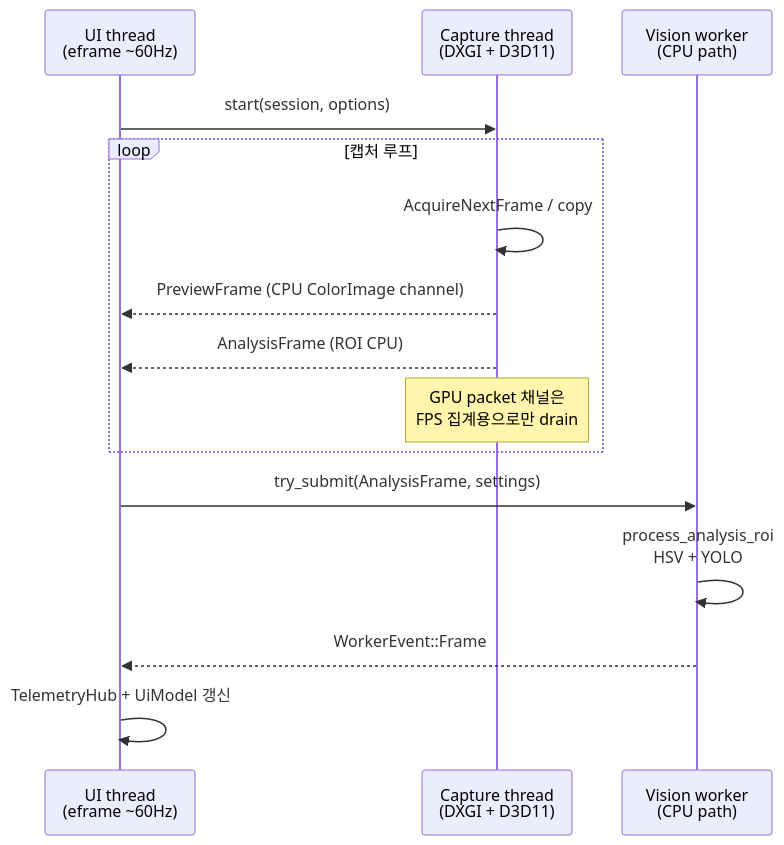
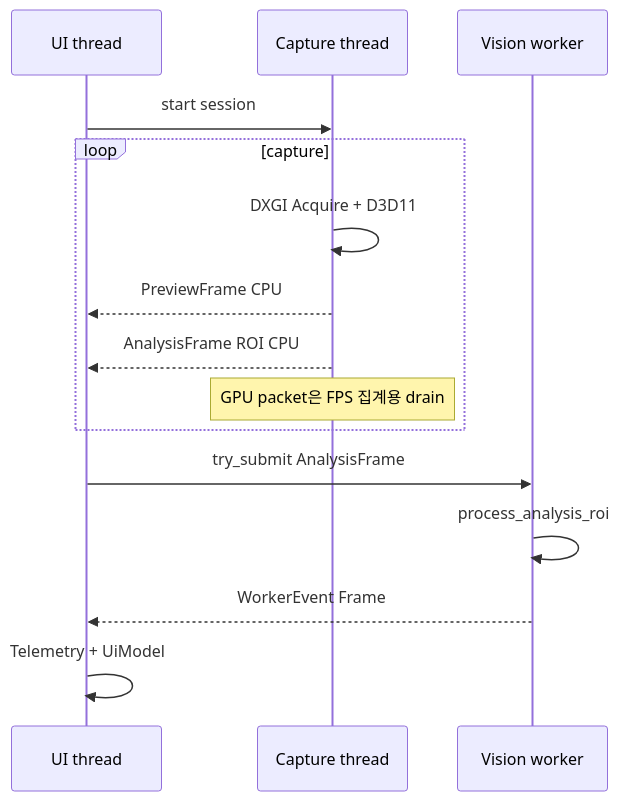
Before and after one commit to NAMUORI00/display-share: the third of 8 diagrams in pages/arch.md, drawn with Mermaid. The commit also changed other lines of this file and 25 other files, not shown here.

First line of the commit message:
docs(wiki): complete pages for current privacy/DXGI architecture

````diff
--- a/pages/arch.md
+++ b/pages/arch.md
@@ -91,18 +92,17 @@
 ```mermaid
 sequenceDiagram
-  participant UI as UI thread<br/>(eframe ~60Hz)
-  participant CAP as Capture thread<br/>(DXGI + D3D11)
-  participant VW as Vision worker<br/>(CPU path)
-
-  UI->>CAP: start(session, options)
-  loop 캡처 루프
-    CAP->>CAP: AcquireNextFrame / copy
-    CAP-->>UI: PreviewFrame (CPU ColorImage channel)
-    CAP-->>UI: AnalysisFrame (ROI CPU)
-    Note over CAP: GPU packet 채널은<br/>FPS 집계용으로만 drain
+  participant UI as UI thread
+  participant CAP as Capture thread
+  participant VW as Vision worker
+  UI->>CAP: start session
+  loop capture
+    CAP->>CAP: DXGI Acquire + D3D11
+    CAP-->>UI: PreviewFrame CPU
+    CAP-->>UI: AnalysisFrame ROI CPU
+    Note over CAP: GPU packet은 FPS 집계용 drain
   end
-  UI->>VW: try_submit(AnalysisFrame, settings)
-  VW->>VW: process_analysis_roi<br/>HSV + YOLO
-  VW-->>UI: WorkerEvent::Frame
-  UI->>UI: TelemetryHub + UiModel 갱신
+  UI->>VW: try_submit AnalysisFrame
+  VW->>VW: process_analysis_roi
+  VW-->>UI: WorkerEvent Frame
+  UI->>UI: Telemetry + UiModel
 ```
````
